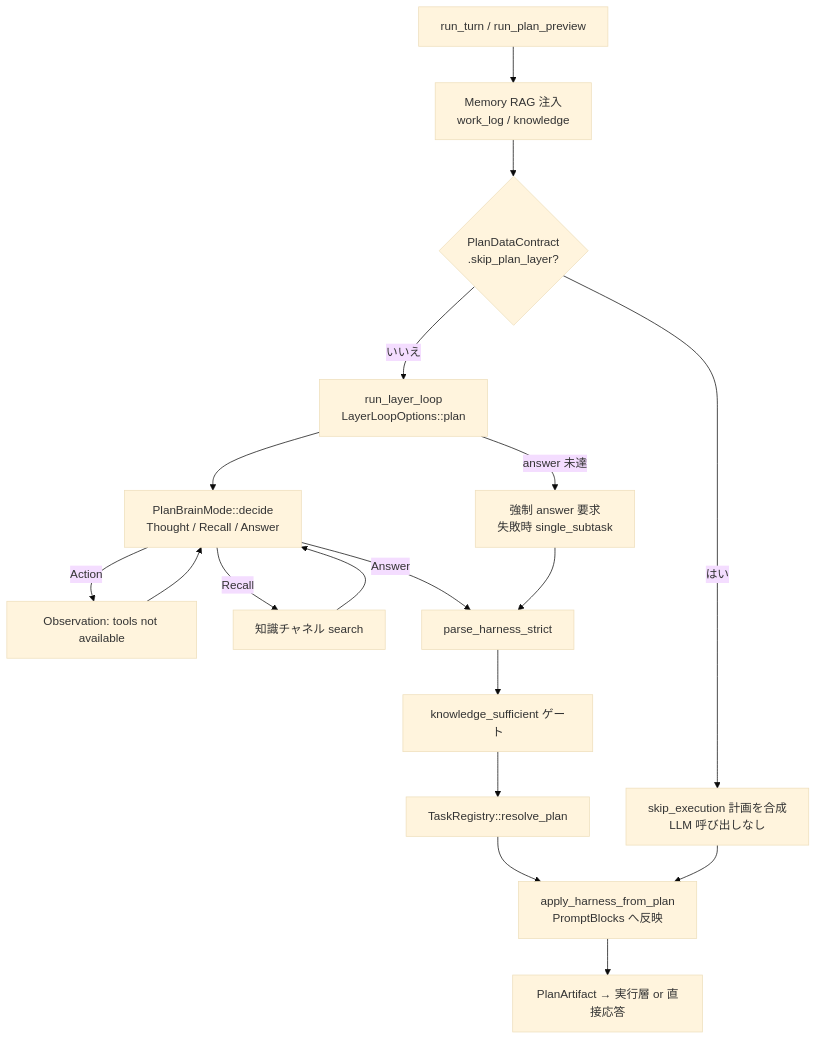
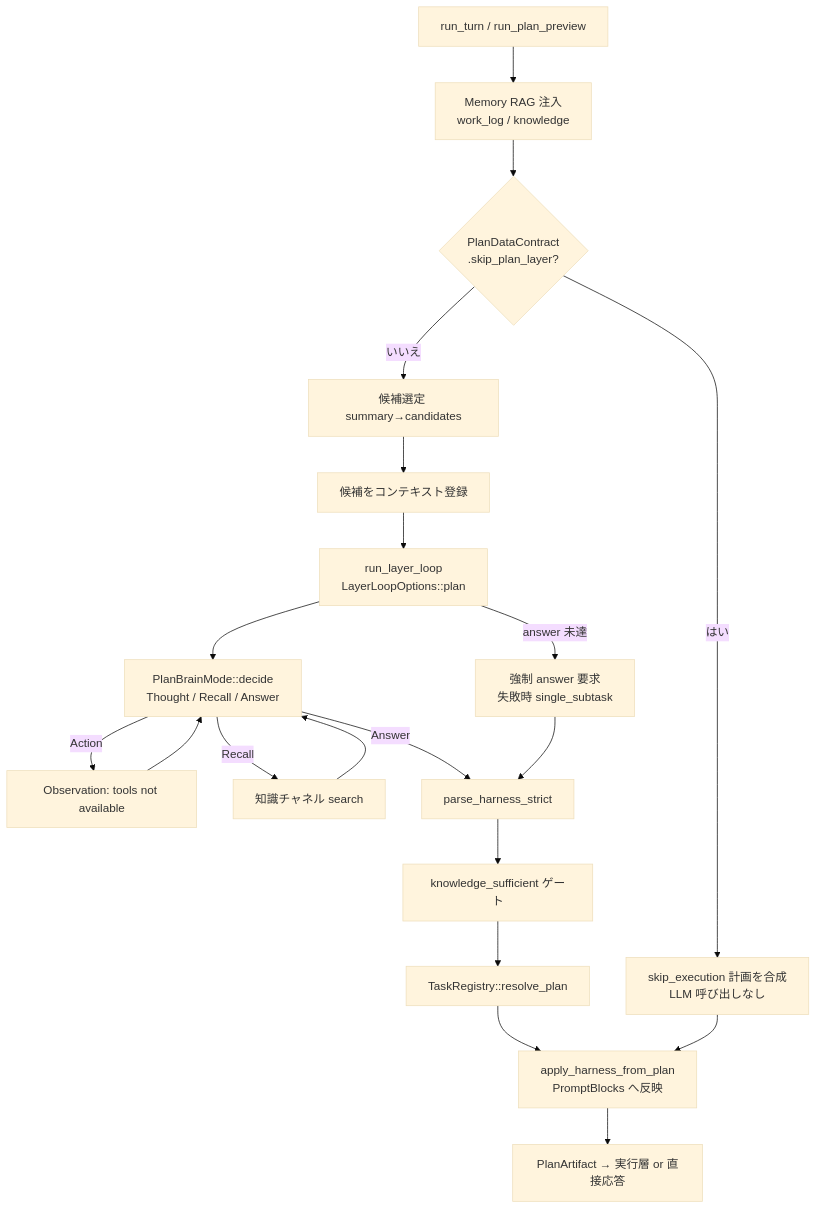
One commit to tax-mux/harness-seed changed the second of 7 diagrams in doc/architecture/01_計画層.md. Above: the diagram before and after it, drawn with Mermaid (base theme). The commit also changed 18 other files, not shown here.

````diff
--- a/doc/architecture/01_計画層.md
+++ b/doc/architecture/01_計画層.md
@@ -35,20 +35,22 @@
 ```mermaid
 flowchart TD
     START["run_turn / run_plan_preview"] --> MEM["Memory RAG 注入<br/>work_log / knowledge"]
     MEM --> SKIP{"PlanDataContract<br/>.skip_plan_layer?"}
     SKIP -->|はい| TRIV["skip_execution 計画を合成<br/>LLM 呼び出しなし"]
-    SKIP -->|いいえ| LOOP["run_layer_loop<br/>LayerLoopOptions::plan"]
+    SKIP -->|いいえ| CAND["候補選定 summary→candidates"]
+    CAND --> REG["候補をコンテキスト登録"]
+    REG --> LOOP["run_layer_loop<br/>LayerLoopOptions::plan"]
     LOOP --> BRAIN["PlanBrainMode::decide<br/>Thought / Recall / Answer"]
     BRAIN -->|Action| REJ["Observation: tools not available"]
     REJ --> BRAIN
     BRAIN -->|Recall| MEM2["知識チャネル search"]
     MEM2 --> BRAIN
     BRAIN -->|Answer| PARSE["parse_harness_strict"]
     LOOP -->|answer 未達| FIN["強制 answer 要求<br/>失敗時 single_subtask"]
     FIN --> PARSE
     PARSE --> KS["knowledge_sufficient ゲート"]
     KS --> RESOLVE["TaskRegistry::resolve_plan"]
     RESOLVE --> APPLY["apply_harness_from_plan<br/>PromptBlocks へ反映"]
     TRIV --> APPLY
     APPLY --> OUT["PlanArtifact → 実行層 or 直接応答"]
 ```
````
